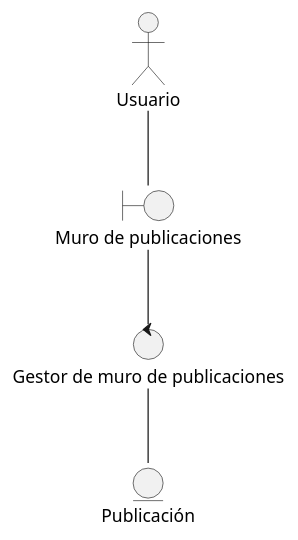
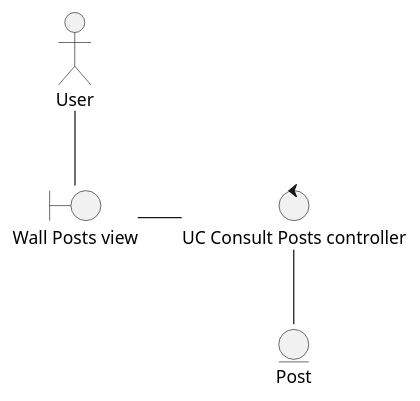
Before and after one commit to Dayannis-07/ING_SOFT: the diagram in docs/scenariosView/analysisClassDiagram/useCase-ConsultarPublicaciones.puml, drawn with PlantUML. The commit also changed 24 other files, not shown here.

Commit message:
corrections collaboration & analysisClassDiagram

```diff
--- a/docs/scenariosView/analysisClassDiagram/useCase-ConsultarPublicaciones.puml
+++ b/docs/scenariosView/analysisClassDiagram/useCase-ConsultarPublicaciones.puml
@@ -1,9 +1,9 @@
 @startuml consultar publicaciones
-actor Usuario
-boundary "Muro de publicaciones" as m
-Usuario--m 
-control "Gestor de muro de publicaciones" as g
-m--g
-entity "Publicación" as p
-g--p
+actor User
+boundary "Wall Posts view" as view
+User--view 
+control "UC Consult Posts controller" as controller
+view-r-controller 
+entity "Post" as P
+controller--P 
 @enduml
```
